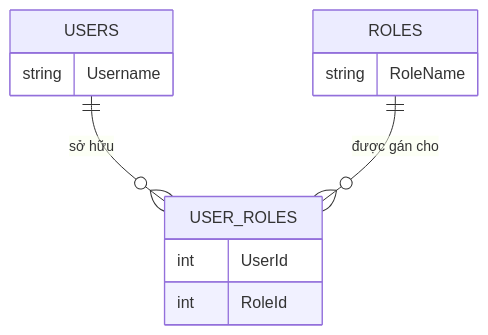
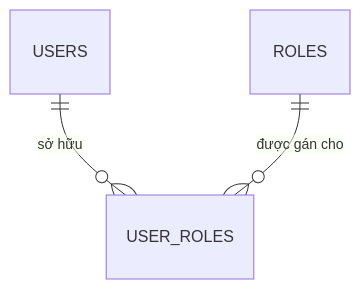
The first of 12 diagrams in docs/presentation_script_v2.md (thang1834/DemoCsharp-CleanArchitecture), drawn with Mermaid before and after one commit. The commit also changed other lines of this file, not shown here.

````diff
--- a/docs/presentation_script_v2.md
+++ b/docs/presentation_script_v2.md
@@ -33,8 +34,5 @@
 ```mermaid
 erDiagram
-    USERS { string Username }
-    ROLES { string RoleName }
-    USER_ROLES { int UserId int RoleId }
     USERS ||--o{ USER_ROLES : "sở hữu"
     ROLES ||--o{ USER_ROLES : "được gán cho"
 ```
````
